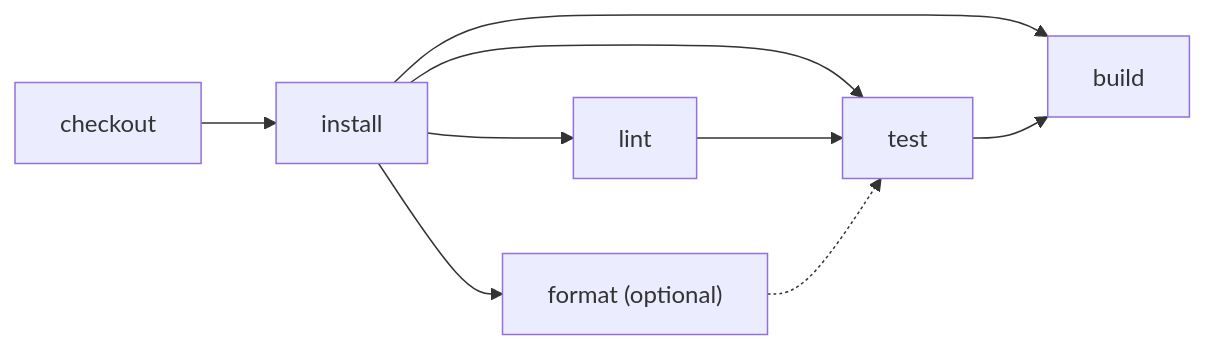
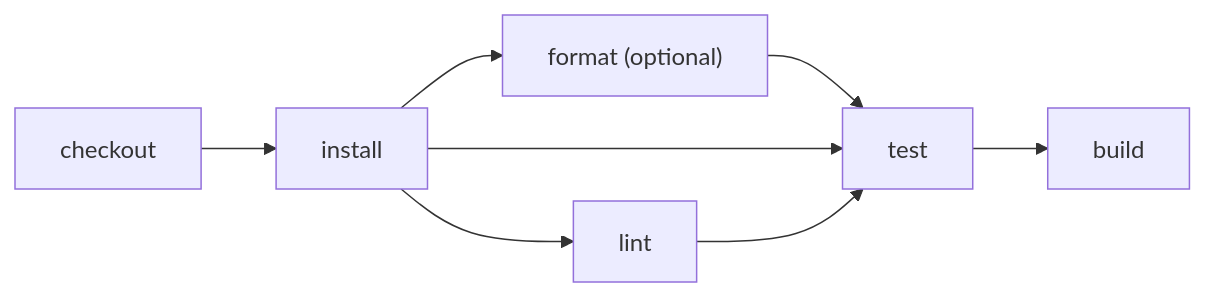
Before and after one commit to ericclemmons/effect-ci-testbed: the diagram in examples/node-pnpm/README.md, drawn with Mermaid. The commit also changed other lines of this file and 56 other files, not shown here.

````diff
--- a/examples/node-pnpm/README.md
+++ b/examples/node-pnpm/README.md
@@ -6,17 +6,16 @@
 ```mermaid
 flowchart LR
   step_checkout["checkout"]
   step_install["install"]
   step_format["format (optional)"]
   step_lint["lint"]
   step_test["test"]
   step_build["build"]
   step_checkout --> step_install
   step_install --> step_format
   step_install --> step_lint
+  step_format --> step_test
   step_install --> step_test
   step_lint --> step_test
-  step_format -.-> step_test
-  step_install --> step_build
   step_test --> step_build
 ```
````
